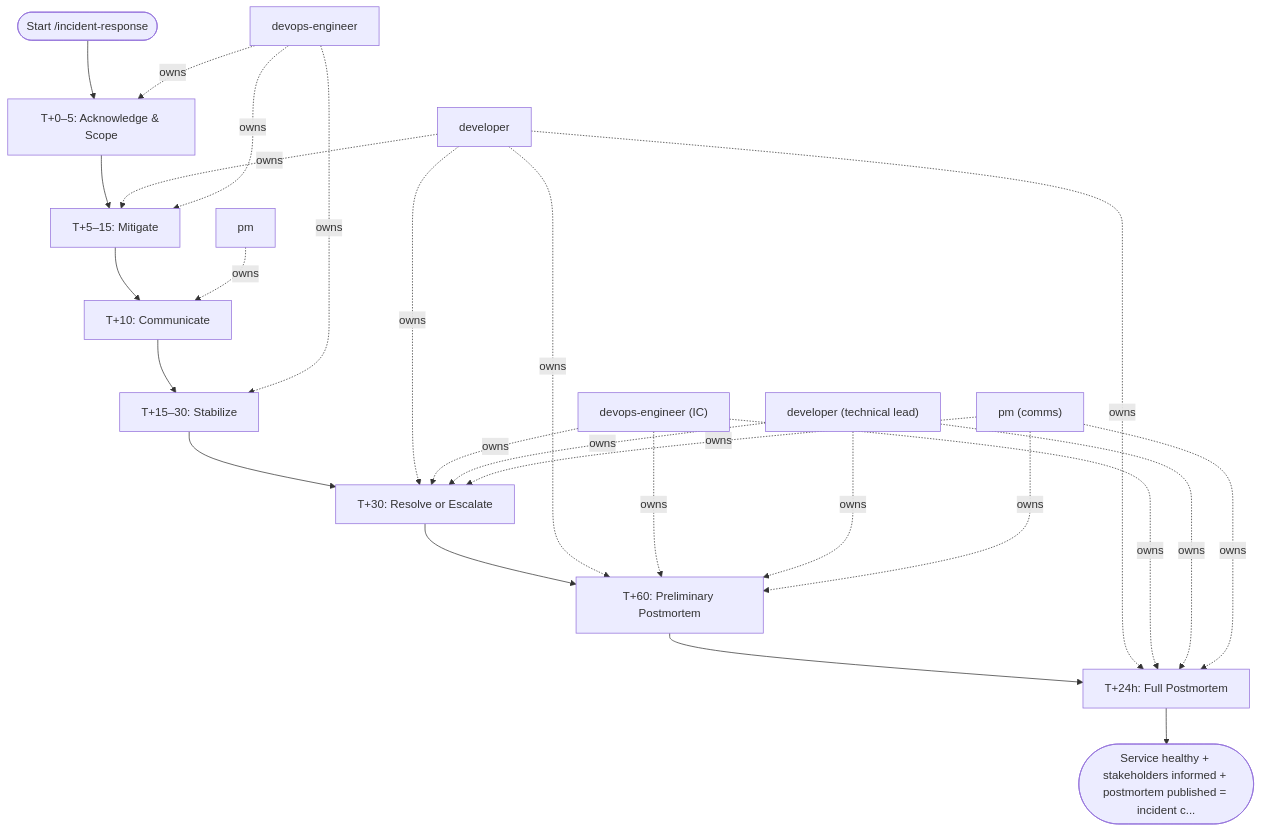
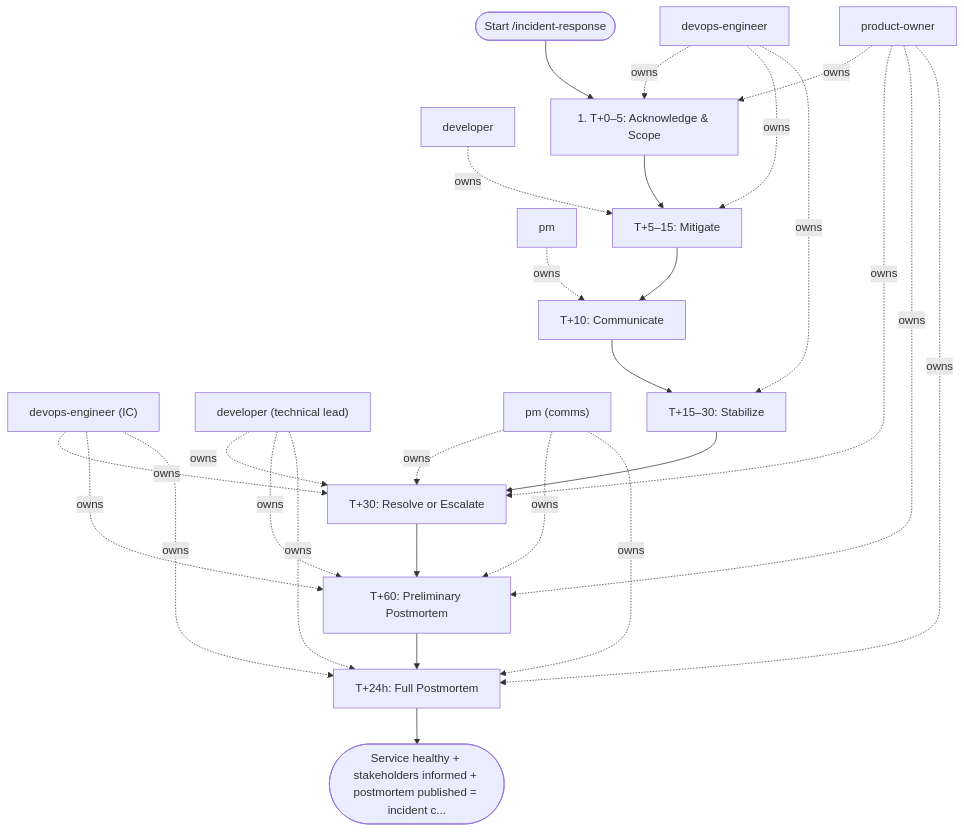
The diagram in areas/devops/sre/workflows/incident-response.md (sawrus/agent-guides), drawn with Mermaid before and after one commit. The commit also changed other lines of this file and 76 other files, not shown here.

Commit message:
Standardize workflow product owner initiation

````diff
--- a/areas/devops/sre/workflows/incident-response.md
+++ b/areas/devops/sre/workflows/incident-response.md
@@ -68,43 +68,45 @@
 ```mermaid
 flowchart TD
   start(["Start /incident-response"])
-  role_1["devops-engineer"]
-  role_2["developer"]
-  role_3["pm"]
-  role_4["devops-engineer (IC)"]
-  role_5["developer (technical lead)"]
-  role_6["pm (comms)"]
-  step_1["T+0–5: Acknowledge & Scope"]
+  role_1["product-owner"]
+  role_2["devops-engineer"]
+  role_3["developer"]
+  role_4["pm"]
+  role_5["devops-engineer (IC)"]
+  role_6["developer (technical lead)"]
+  role_7["pm (comms)"]
+  step_1["1. T+0–5: Acknowledge & Scope"]
   step_2["T+5–15: Mitigate"]
   step_3["T+10: Communicate"]
   step_4["T+15–30: Stabilize"]
   step_5["T+30: Resolve or Escalate"]
   step_6["T+60: Preliminary Postmortem"]
   step_7["T+24h: Full Postmortem"]
   exit(["Service healthy + stakeholders informed + postmortem published = incident c..."])
   start --> step_1
   step_1 --> step_2
   step_2 --> step_3
   step_3 --> step_4
   step_4 --> step_5
   step_5 --> step_6
   step_6 --> step_7
   step_7 --> exit
   role_1 -. owns .-> step_1
+  role_2 -. owns .-> step_1
+  role_3 -. owns .-> step_2
   role_2 -. owns .-> step_2
-  role_1 -. owns .-> step_2
-  role_3 -. owns .-> step_3
-  role_1 -. owns .-> step_4
-  role_2 -. owns .-> step_5
-  role_4 -. owns .-> step_5
+  role_4 -. owns .-> step_3
+  role_2 -. owns .-> step_4
+  role_1 -. owns .-> step_5
   role_5 -. owns .-> step_5
   role_6 -. owns .-> step_5
-  role_2 -. owns .-> step_6
-  role_4 -. owns .-> step_6
+  role_7 -. owns .-> step_5
+  role_1 -. owns .-> step_6
   role_5 -. owns .-> step_6
   role_6 -. owns .-> step_6
-  role_2 -. owns .-> step_7
-  role_4 -. owns .-> step_7
+  role_7 -. owns .-> step_6
+  role_1 -. owns .-> step_7
   role_5 -. owns .-> step_7
   role_6 -. owns .-> step_7
+  role_7 -. owns .-> step_7
 ```
````
